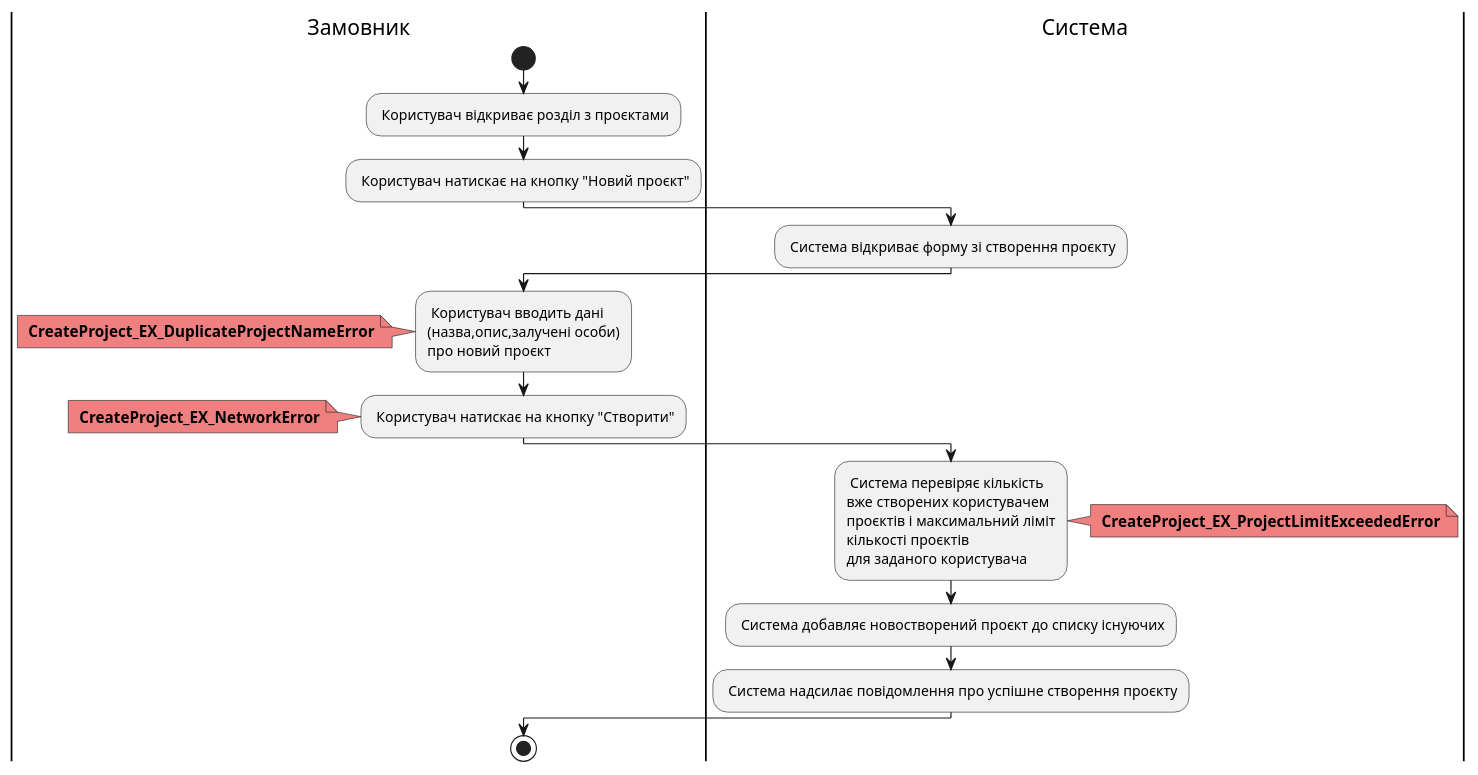
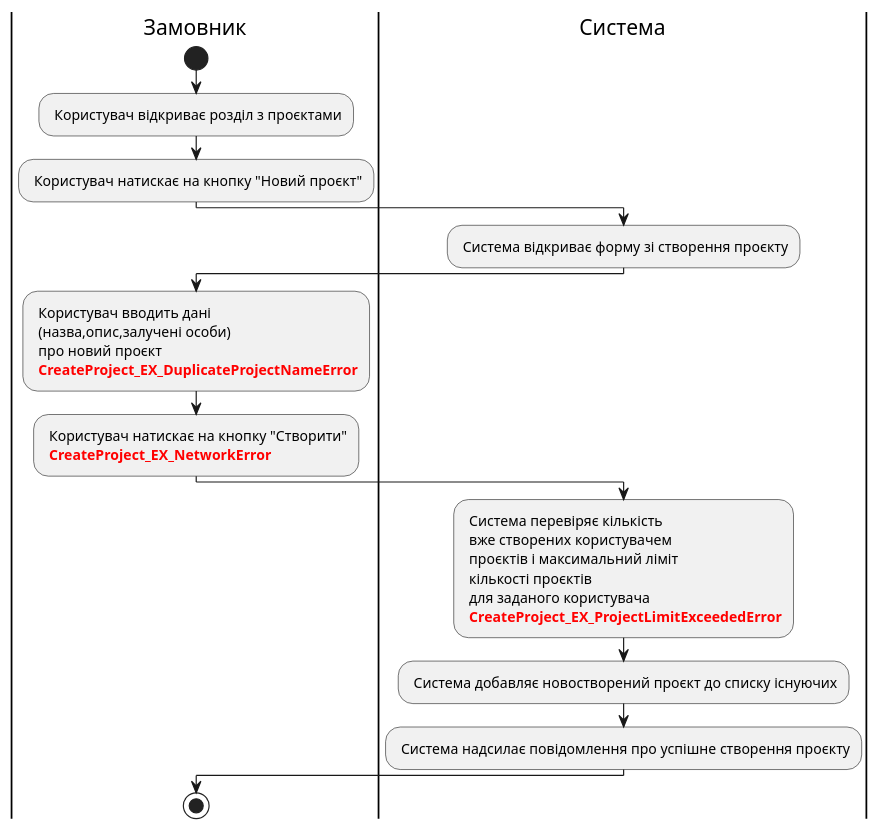
The seventh of 16 diagrams in docs/use cases/README.md (edu-db/edu_db_labs), drawn with PlantUML before and after one commit. The commit also changed other lines of this file, not shown here.

Commit message:
refactor use cases with such id (SignUp, SignIn,CreateProject, DeleteProject)

```diff
--- a/docs/use cases/README.md
+++ b/docs/use cases/README.md
@@ -254,38 +250,34 @@
 @startuml
 
     |Замовник|
     start;
     : Користувач відкриває розділ з проєктами;
     : Користувач натискає на кнопку "Новий проєкт";
 
     |Система|
     : Система відкриває форму зі створення проєкту;
 
     |Замовник|
     : Користувач вводить дані
-    (назва,опис,залучені особи)
-    про новий проєкт;
-    note left #F08080
-    <b> CreateProject_EX_DuplicateProjectNameError
-    end note
-    : Користувач натискає на кнопку "Створити";
-    note left #F08080
-    <b> CreateProject_EX_NetworkError
-    end note
+     (назва,опис,залучені особи)
+     про новий проєкт
+    <font color="red"><b> CreateProject_EX_DuplicateProjectNameError;
+
+    : Користувач натискає на кнопку "Створити"
+    <font color="red"><b> CreateProject_EX_NetworkError;
       
     |Система|
     : Система перевіряє кількість
-    вже створених користувачем
-    проєктів і максимальний ліміт
-    кількості проєктів
-    для заданого користувача;
-    note right #F08080
-    <b> CreateProject_EX_ProjectLimitExceededError
-    end note
+     вже створених користувачем
+     проєктів і максимальний ліміт
+     кількості проєктів
+     для заданого користувача
+    <font color="red"><b> CreateProject_EX_ProjectLimitExceededError;
+
     : Система добавляє новостворений проєкт до списку існуючих;
     : Система надсилає повідомлення про успішне створення проєкту;
 
     |Замовник|
     stop;
 
 @enduml
```
